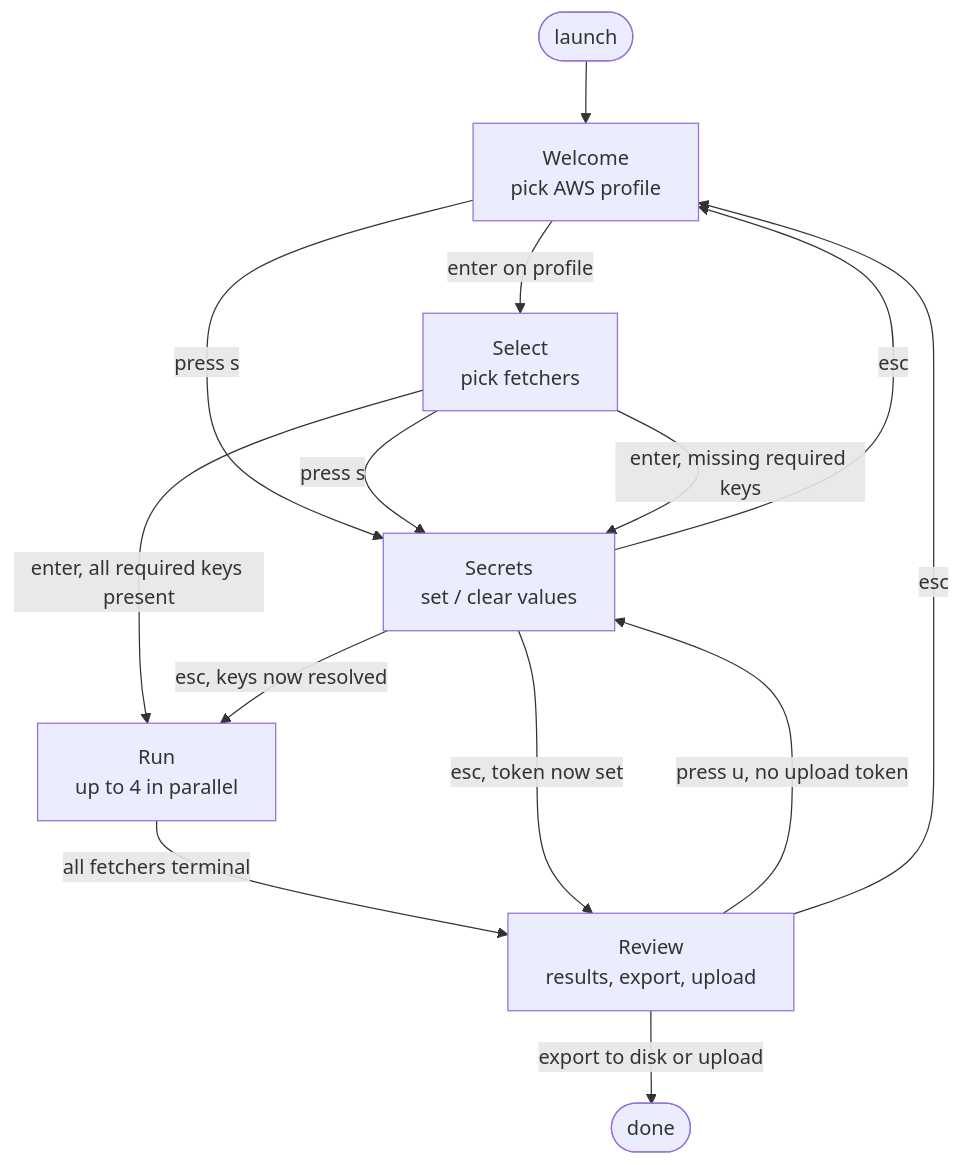
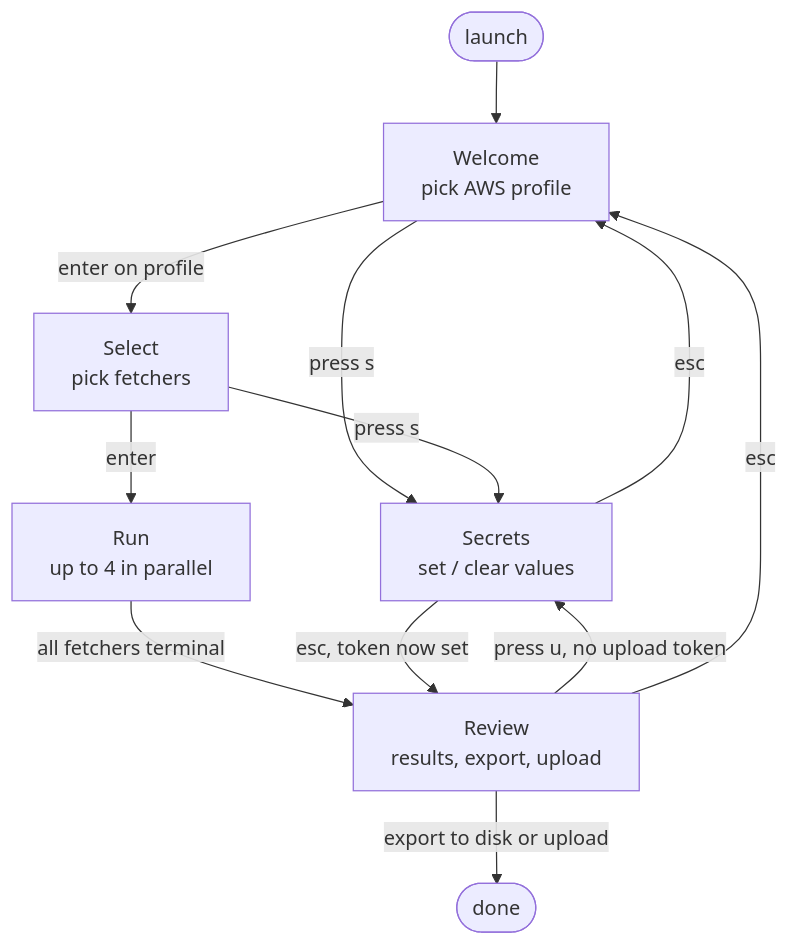
One commit to 21tmccauley/evidence-tui-prototype changed the diagram in docs/diagrams/user-flow.md. Above: the diagram before and after it, drawn with Mermaid. The commit also changed other lines of this file and 9 other files, not shown here.

Commit message:
Refactor Secrets handling in TUI: remove pre-Run secret gating, update documentation, and enhance Secrets screen to list all sources with editable keys. Missing keys now surface as fetcher failures, allowing operators to resolve issues directly from the run context.

````diff
--- a/docs/diagrams/user-flow.md
+++ b/docs/diagrams/user-flow.md
@@ -5,24 +5,22 @@
 ```mermaid
 flowchart TD
     start([launch])
     welcome[Welcome<br/>pick AWS profile]
     secrets[Secrets<br/>set / clear values]
     select[Select<br/>pick fetchers]
     run[Run<br/>up to 4 in parallel]
     review[Review<br/>results, export, upload]
     done([done])
 
     start --> welcome
     welcome -->|press s| secrets
     welcome -->|enter on profile| select
     secrets -->|esc| welcome
     select -->|press s| secrets
-    select -->|enter, all required keys present| run
-    select -->|enter, missing required keys| secrets
-    secrets -->|esc, keys now resolved| run
+    select -->|enter| run
     run -->|all fetchers terminal| review
     review -->|press u, no upload token| secrets
     secrets -->|esc, token now set| review
     review -->|export to disk or upload| done
     review -->|esc| welcome
 ```
````
